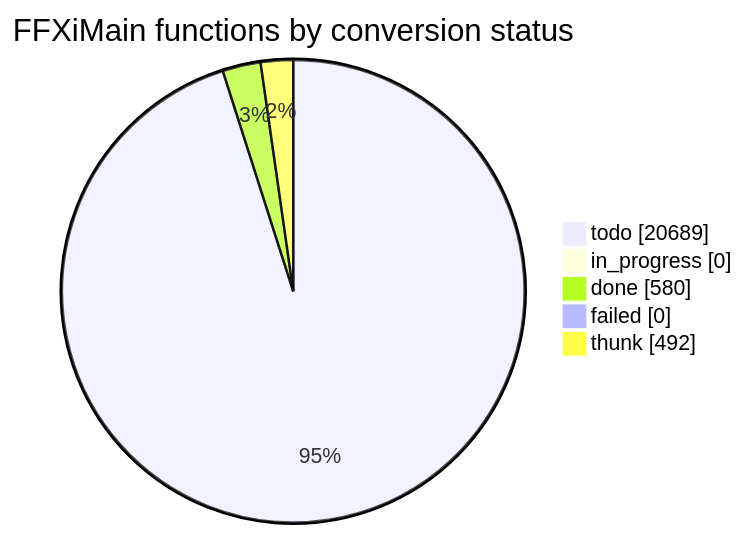
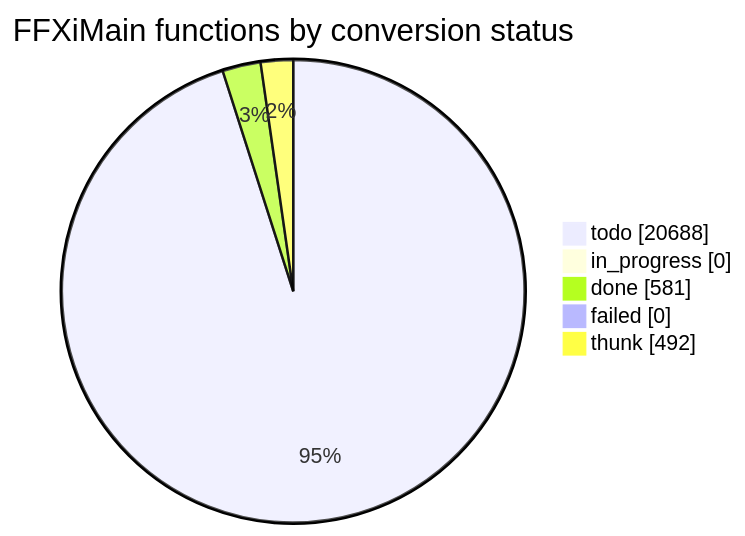
Before and after one commit to cowrevenge/cow_kuluu_xi_anything: the diagram in docs/cow/STATUS.md, drawn with Mermaid. The commit also changed other lines of this file and 9 other files, not shown here.

````diff
--- a/docs/cow/STATUS.md
+++ b/docs/cow/STATUS.md
@@ -18,9 +18,9 @@
 ```mermaid
 pie showData
     title FFXiMain functions by conversion status
-    "todo" : 20689
+    "todo" : 20688
     "in_progress" : 0
-    "done" : 580
+    "done" : 581
     "failed" : 0
     "thunk" : 492
 ```
````
